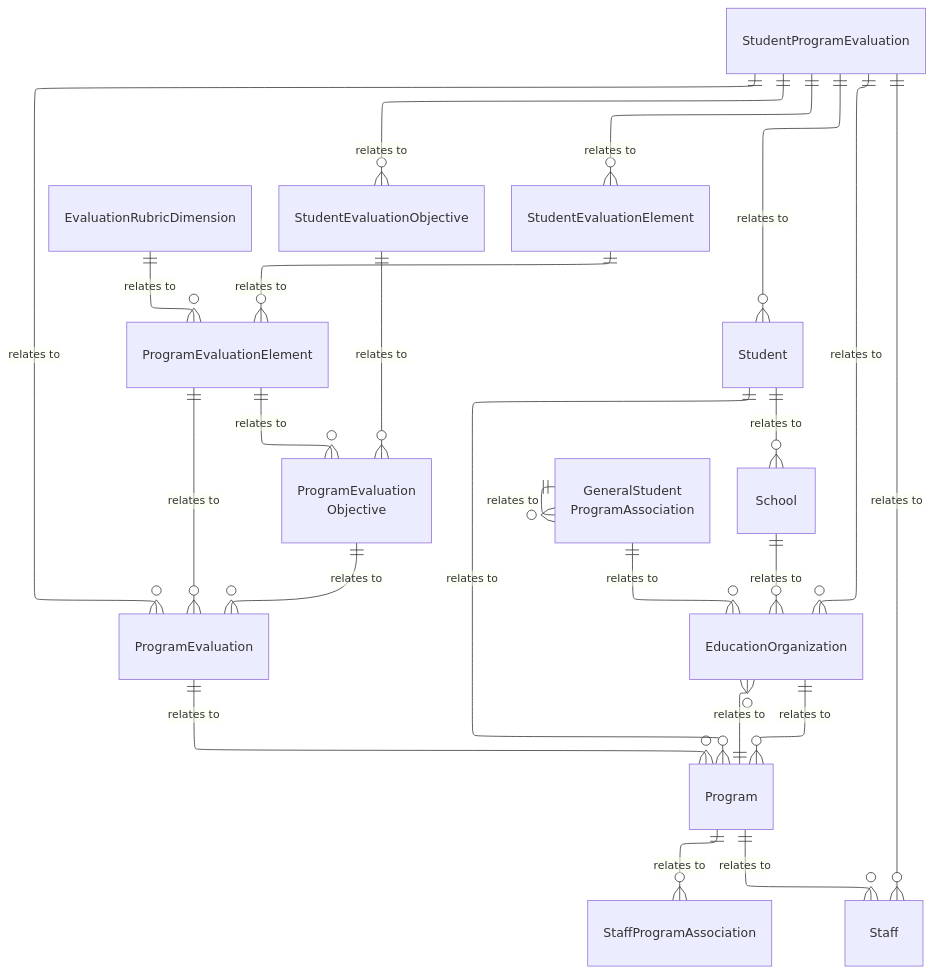
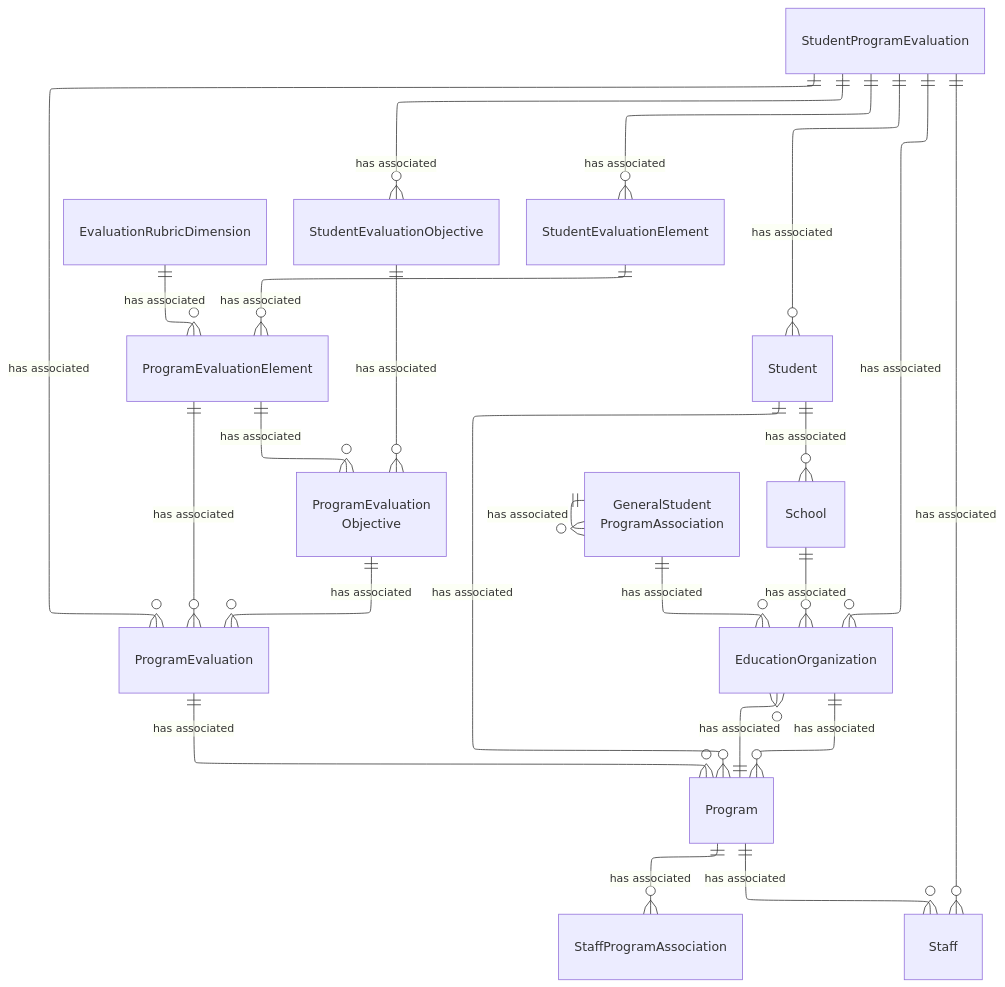
Before and after one commit to Ed-Fi-Alliance-OSS/ed-fi-alliance-oss.github.io: the diagram in dataStandard_versioned_docs/version-6/model-reference/student-program-evaluation-domain/model-diagrams.md, drawn with Mermaid. The commit also changed 24 other files, not shown here.

````diff
--- a/dataStandard_versioned_docs/version-6/model-reference/student-program-evaluation-domain/model-diagrams.md
+++ b/dataStandard_versioned_docs/version-6/model-reference/student-program-evaluation-domain/model-diagrams.md
@@ -16,57 +16,57 @@
 ```mermaid
 ---
 config:
   layout: elk
 ---
 erDiagram
     ProgramEvaluation {
     }
     ProgramEvaluationObjective["ProgramEvaluation<br/>Objective"] {
     }
     ProgramEvaluationElement {
     }
     EvaluationRubricDimension {
     }
     StudentProgramEvaluation {
     }
     StudentEvaluationObjective {
     }
     StudentEvaluationElement {
     }
     GeneralStudentProgramAssociation["GeneralStudent<br/>ProgramAssociation"] {
     }
     StaffProgramAssociation {
     }
     Program {
     }
     Student {
     }
     Staff {
     }
     EducationOrganization {
     }
     School {
     }
-    ProgramEvaluation ||--o{ Program : "relates to"
-    ProgramEvaluationObjective ||--o{ ProgramEvaluation : "relates to"
-    ProgramEvaluationElement ||--o{ ProgramEvaluationObjective : "relates to"
-    ProgramEvaluationElement ||--o{ ProgramEvaluation : "relates to"
-    EvaluationRubricDimension ||--o{ ProgramEvaluationElement : "relates to"
-    StudentProgramEvaluation ||--o{ Student : "relates to"
-    StudentProgramEvaluation ||--o{ Staff : "relates to"
-    StudentProgramEvaluation ||--o{ ProgramEvaluation : "relates to"
-    StudentProgramEvaluation ||--o{ EducationOrganization : "relates to"
-    StudentProgramEvaluation ||--o{ StudentEvaluationElement : "relates to"
-    StudentProgramEvaluation ||--o{ StudentEvaluationObjective : "relates to"
-    StudentEvaluationObjective ||--o{ ProgramEvaluationObjective : "relates to"
-    StudentEvaluationElement ||--o{ ProgramEvaluationElement : "relates to"
-    GeneralStudentProgramAssociation ||--o{ EducationOrganization : "relates to"
-    GeneralStudentProgramAssociation ||--o{ GeneralStudentProgramAssociation : "relates to"
-    Program ||--o{ EducationOrganization : "relates to"
-    Program ||--o{ Staff : "relates to"
-    Program ||--o{ StaffProgramAssociation : "relates to"
-    EducationOrganization ||--o{ Program : "relates to"
-    School ||--o{ EducationOrganization : "relates to"
-    Student ||--o{ Program : "relates to"
-    Student ||--o{ School : "relates to"
+    ProgramEvaluation ||--o{ Program : "has associated"
+    ProgramEvaluationObjective ||--o{ ProgramEvaluation : "has associated"
+    ProgramEvaluationElement ||--o{ ProgramEvaluationObjective : "has associated"
+    ProgramEvaluationElement ||--o{ ProgramEvaluation : "has associated"
+    EvaluationRubricDimension ||--o{ ProgramEvaluationElement : "has associated"
+    StudentProgramEvaluation ||--o{ Student : "has associated"
+    StudentProgramEvaluation ||--o{ Staff : "has associated"
+    StudentProgramEvaluation ||--o{ ProgramEvaluation : "has associated"
+    StudentProgramEvaluation ||--o{ EducationOrganization : "has associated"
+    StudentProgramEvaluation ||--o{ StudentEvaluationElement : "has associated"
+    StudentProgramEvaluation ||--o{ StudentEvaluationObjective : "has associated"
+    StudentEvaluationObjective ||--o{ ProgramEvaluationObjective : "has associated"
+    StudentEvaluationElement ||--o{ ProgramEvaluationElement : "has associated"
+    GeneralStudentProgramAssociation ||--o{ EducationOrganization : "has associated"
+    GeneralStudentProgramAssociation ||--o{ GeneralStudentProgramAssociation : "has associated"
+    Program ||--o{ EducationOrganization : "has associated"
+    Program ||--o{ Staff : "has associated"
+    Program ||--o{ StaffProgramAssociation : "has associated"
+    EducationOrganization ||--o{ Program : "has associated"
+    School ||--o{ EducationOrganization : "has associated"
+    Student ||--o{ Program : "has associated"
+    Student ||--o{ School : "has associated"
 ```
````
